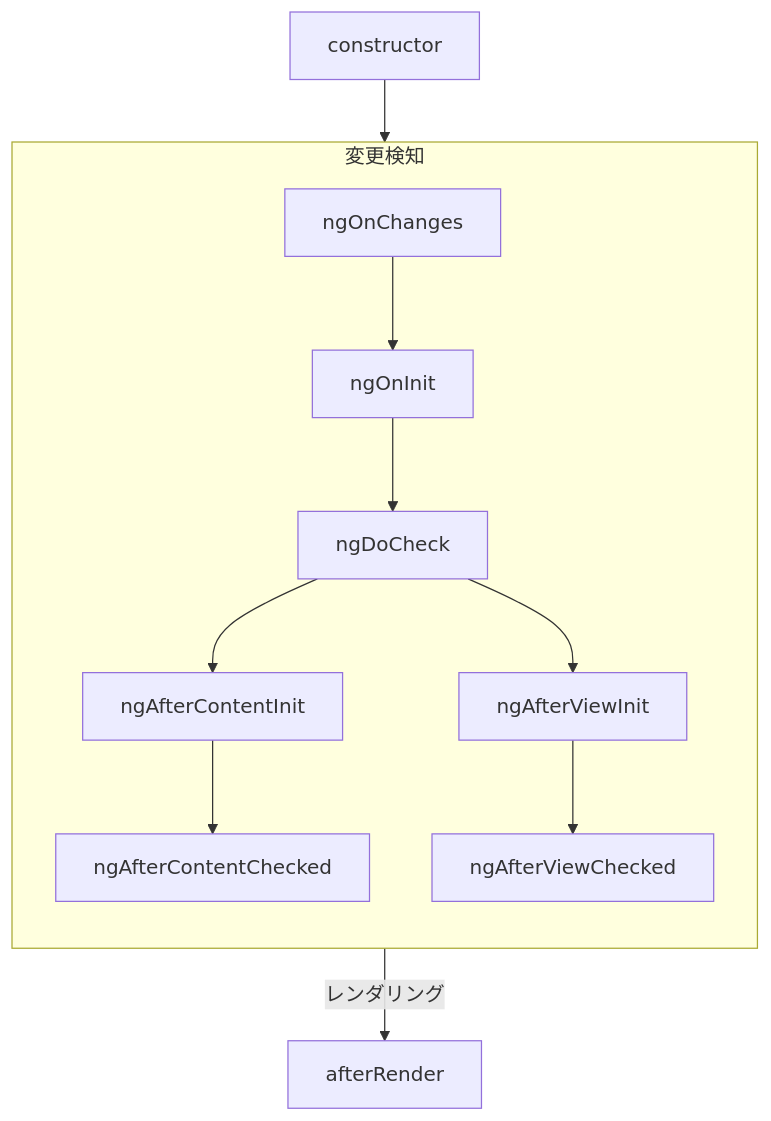
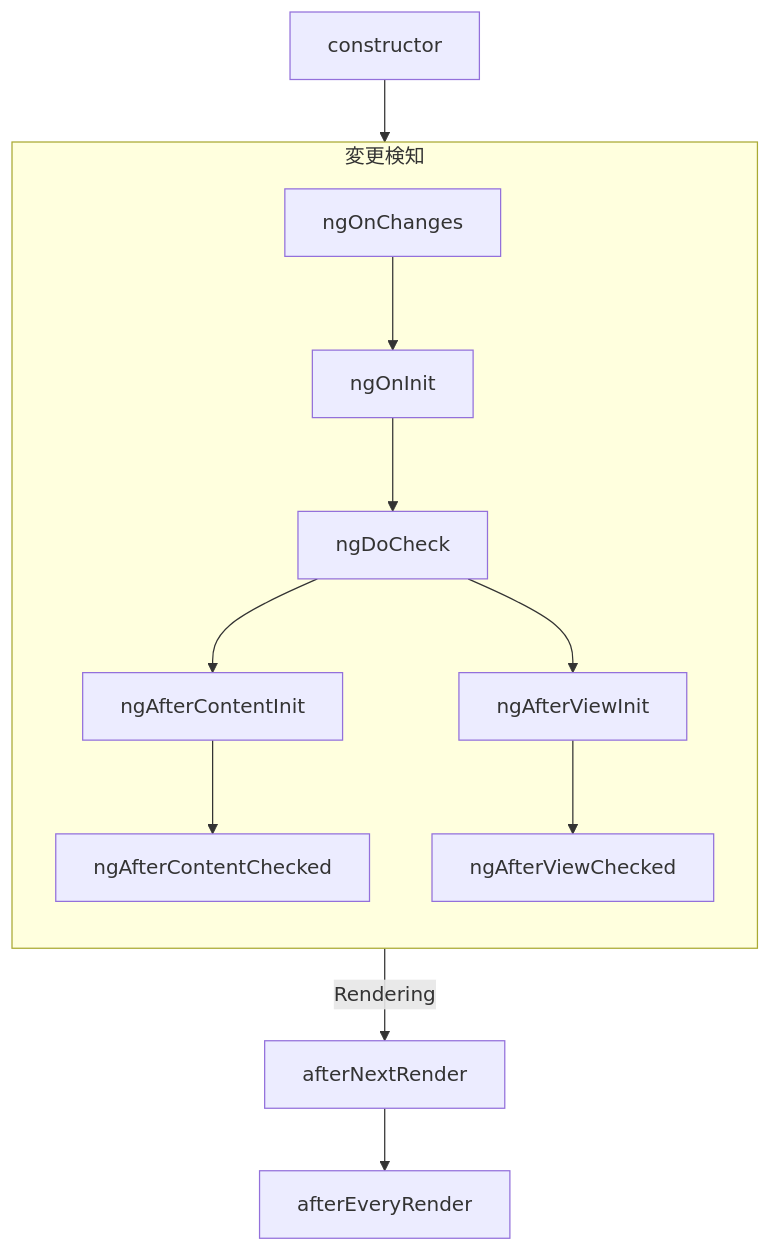
Before and after one commit to angular/angular-ja: the first of 2 diagrams in adev-ja/src/content/guide/components/lifecycle.md, drawn with Mermaid. The commit also changed other lines of this file and 349 other files, not shown here.

````diff
--- a/adev-ja/src/content/guide/components/lifecycle.md
+++ b/adev-ja/src/content/guide/components/lifecycle.md
@@ -317,14 +318,14 @@
 ```mermaid
 graph TD;
 id[constructor]-->CHANGE;
 subgraph CHANGE [変更検知]
 direction TB
 ngOnChanges-->ngOnInit;
 ngOnInit-->ngDoCheck;
 ngDoCheck-->ngAfterContentInit;
 ngDoCheck-->ngAfterViewInit
 ngAfterContentInit-->ngAfterContentChecked
 ngAfterViewInit-->ngAfterViewChecked
 end
-CHANGE--レンダリング-->afterRender
+CHANGE--Rendering-->afterNextRender-->afterEveryRender
 ```
````
